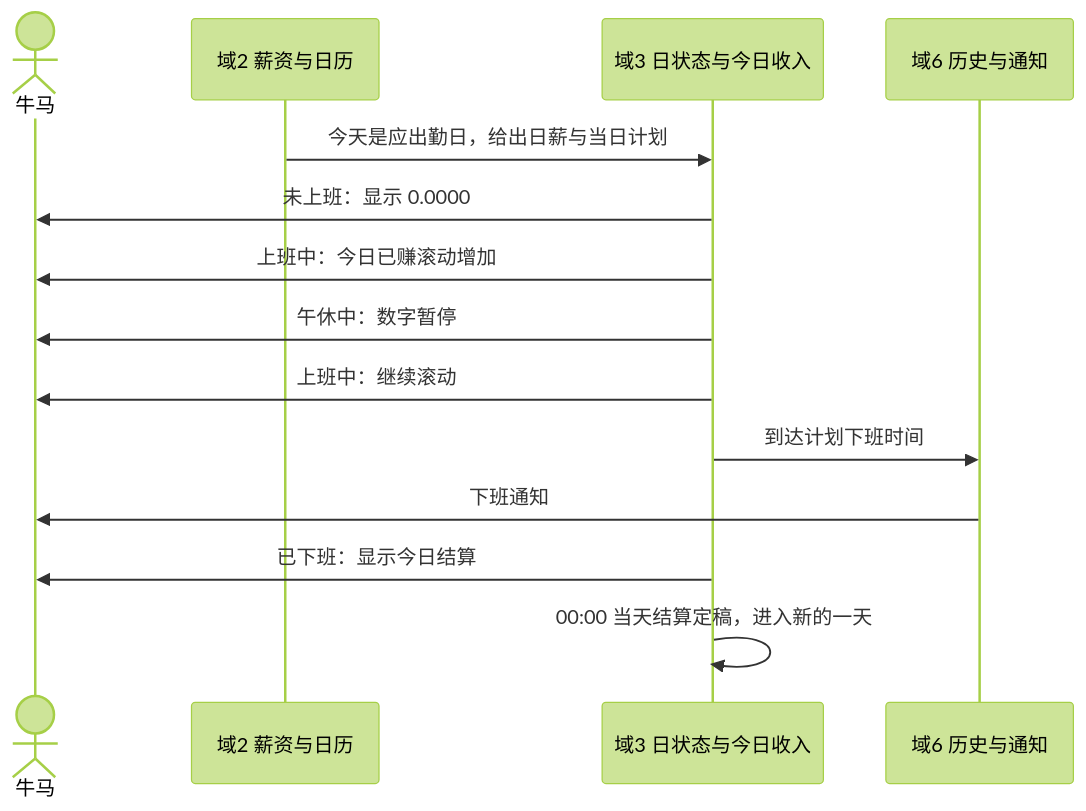
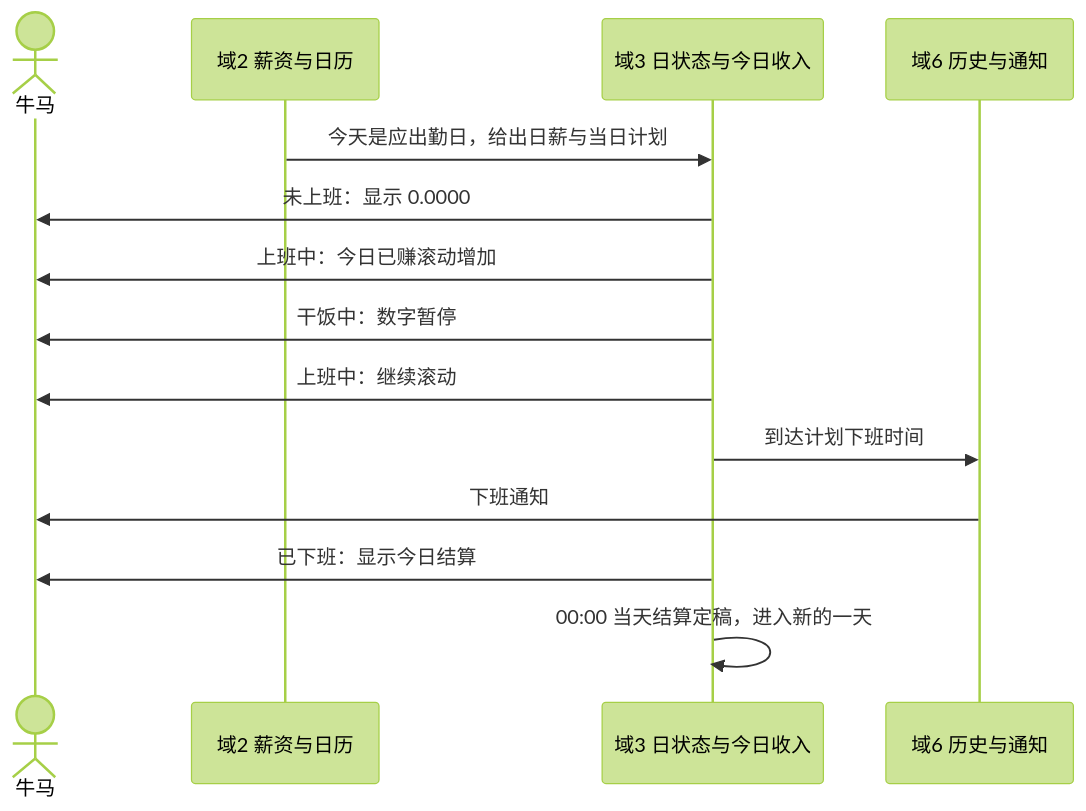
The second of 5 diagrams in docs/prd.md (zhew1585/wage-tick), drawn with Mermaid (forest theme) before and after one commit. The commit also changed other lines of this file and 124 other files, not shown here.

````diff
--- a/docs/prd.md
+++ b/docs/prd.md
@@ -182,16 +186,16 @@
 ```mermaid
 sequenceDiagram
     actor N as 牛马
     participant D2 as 域2 薪资与日历
     participant D3 as 域3 日状态与今日收入
     participant D6 as 域6 历史与通知
     D2->>D3: 今天是应出勤日，给出日薪与当日计划
     D3->>N: 未上班：显示 0.0000
     D3->>N: 上班中：今日已赚滚动增加
-    D3->>N: 午休中：数字暂停
+    D3->>N: 干饭中：数字暂停
     D3->>N: 上班中：继续滚动
     D3->>D6: 到达计划下班时间
     D6->>N: 下班通知
     D3->>N: 已下班：显示今日结算
     D3->>D3: 00:00 当天结算定稿，进入新的一天
 ```
````
